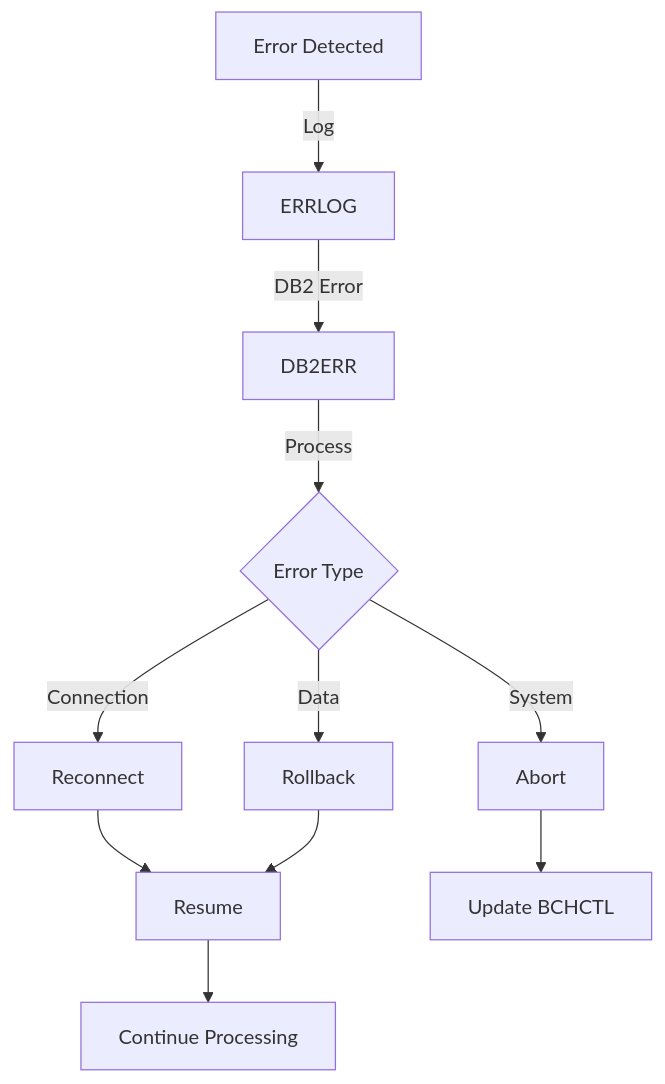
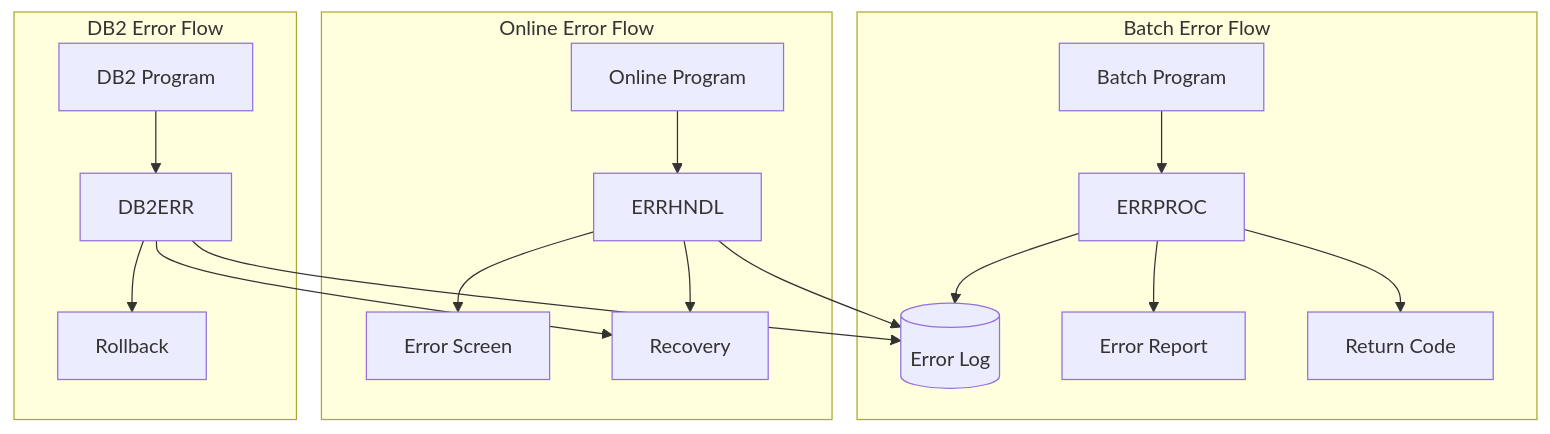
One commit to jbandu/COBOL-Legacy-Benchmark-Suite changed diagram 12 of 18 in documentation/technical/system-architecture.md. Above: the diagram before and after it, drawn with Mermaid. The commit also changed other lines of this file and 24 other files, not shown here.

````diff
--- a/documentation/technical/system-architecture.md
+++ b/documentation/technical/system-architecture.md
@@ -288,13 +623,23 @@
 ```mermaid
-graph TD
-    A[Error Detected] -->|Log| B[ERRLOG]
-    B -->|DB2 Error| C[DB2ERR]
-    C -->|Process| D{Error Type}
-    D -->|Connection| E[Reconnect]
-    D -->|Data| F[Rollback]
-    D -->|System| G[Abort]
-    E --> H[Resume]
-    F --> H
-    G --> I[Update BCHCTL]
-    H --> J[Continue Processing]
+graph TB
+    subgraph "Batch Error Flow"
+        BPG[Batch Program] --> ERP[ERRPROC]
+        ERP --> LOG[(Error Log)]
+        ERP --> RPT[Error Report]
+        ERP --> RET[Return Code]
+    end
+
+    subgraph "Online Error Flow"
+        OPG[Online Program] --> ERH[ERRHNDL]
+        ERH --> SCR[Error Screen]
+        ERH --> LOG
+        ERH --> RCV[Recovery]
+    end
+
+    subgraph "DB2 Error Flow"
+        DB2[DB2 Program] --> DBE[DB2ERR]
+        DBE --> ROL[Rollback]
+        DBE --> LOG
+        DBE --> RCV
+    end
 ```
````
